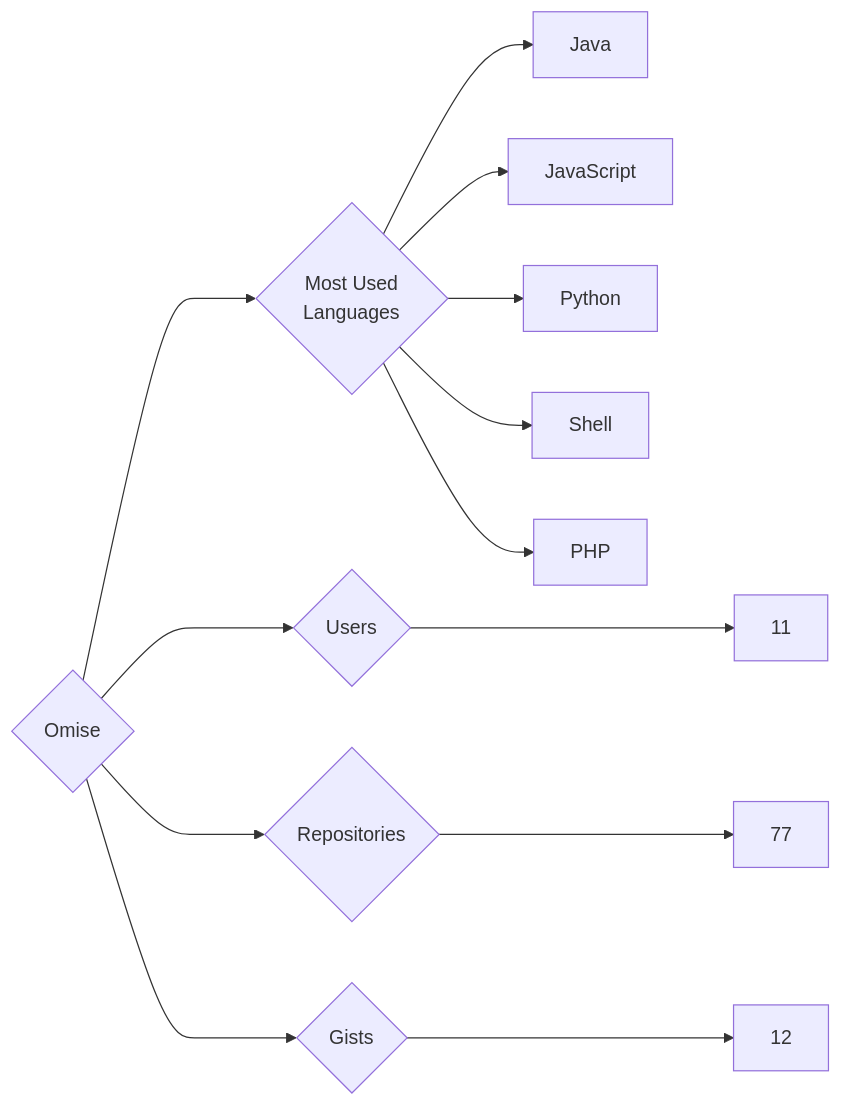
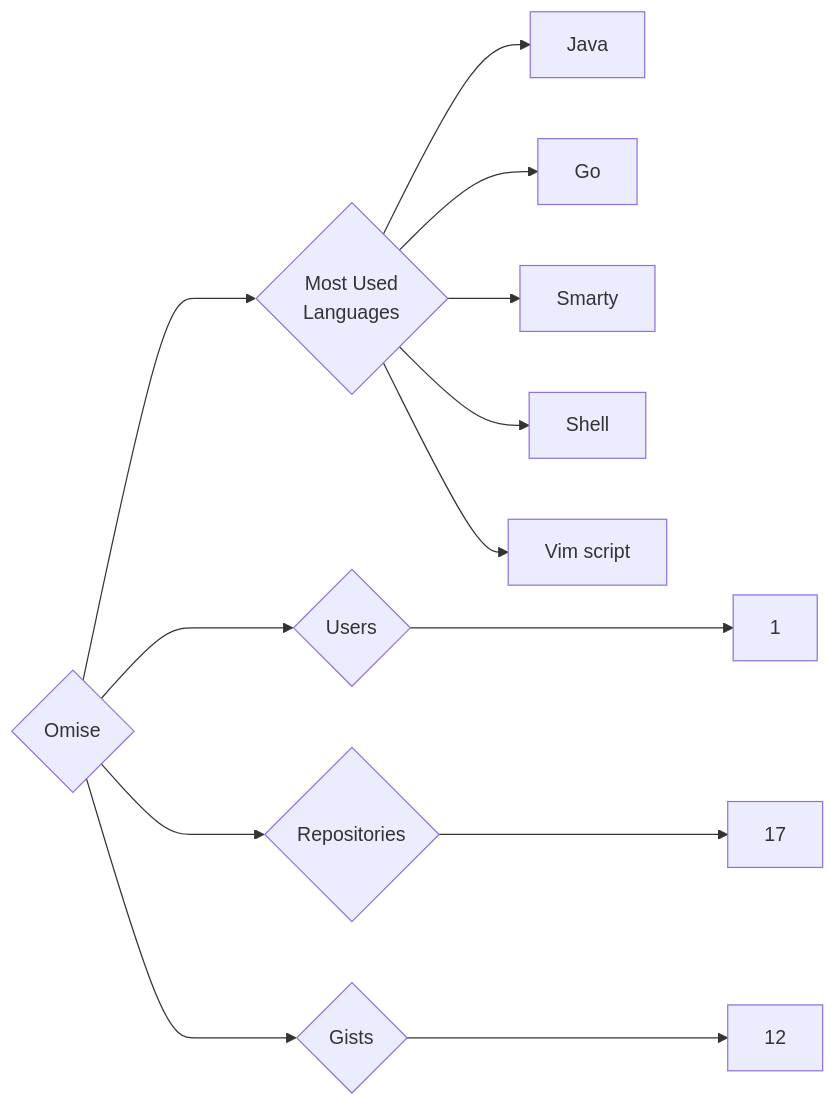
Before and after one commit to trickest/insiders: the diagram in targets/Omise/README.md, drawn with Mermaid. The commit also changed 725 other files, not shown here.

````diff
--- a/targets/Omise/README.md
+++ b/targets/Omise/README.md
@@ -3,13 +3,13 @@
 ```mermaid
 graph LR
 COMPANY_NAME{Omise}
-COMPANY_NAME ---> U{Users} ---> UN[11]
-COMPANY_NAME ---> R{Repositories} ---> RN[77]
+COMPANY_NAME ---> U{Users} ---> UN[1]
+COMPANY_NAME ---> R{Repositories} ---> RN[17]
 COMPANY_NAME ---> G{Gists} ---> GN[12]
 COMPANY_NAME ---> ML{Most Used<br>Languages}
 ML --> Java[Java]
-ML --> JavaScript[JavaScript]
-ML --> Python[Python]
+ML --> Go[Go]
+ML --> Smarty[Smarty]
 ML --> Shell[Shell]
-ML --> PHP[PHP]
+ML --> Vim_script[Vim script]
 ```
````
